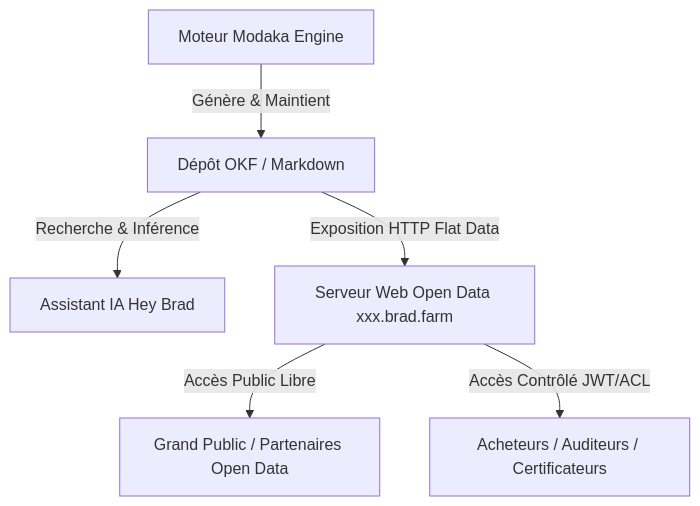
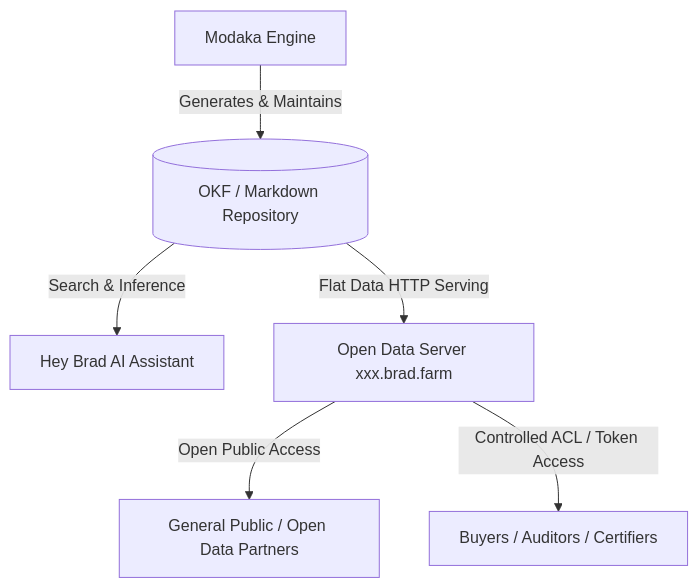
One commit to bradtech-oss/stack changed the diagram in docs/architecture/HEY_BRAD_AI_CORE.fr.md. Above: the diagram before and after it, drawn with Mermaid. The commit also changed other lines of this file and 23 other files, not shown here.

Commit message:
docs: add standardized previous/next navigation links and README returns across all 24 architecture documents

````diff
--- a/docs/architecture/HEY_BRAD_AI_CORE.fr.md
+++ b/docs/architecture/HEY_BRAD_AI_CORE.fr.md
@@ -36,10 +35,10 @@
 ```mermaid
 graph TD
-    Modaka[Moteur Modaka Engine] -->|Génère & Maintient| OKFRepo[Dépôt OKF / Markdown]
+    Modaka["Modaka Engine"] -->|Generates & Maintains| OKFRepo[("OKF / Markdown Repository")]
     
-    OKFRepo -->|Recherche & Inférence| HeyBrad[Assistant IA Hey Brad]
-    OKFRepo -->|Exposition HTTP Flat Data| Server[Serveur Web Open Data xxx.brad.farm]
+    OKFRepo -->|Search & Inference| HeyBrad["Hey Brad AI Assistant"]
+    OKFRepo -->|Flat Data HTTP Serving| Server["Open Data Server xxx.brad.farm"]
     
-    Server -->|Accès Public Libre| Public[Grand Public / Partenaires Open Data]
-    Server -->|Accès Contrôlé JWT/ACL| Restricted[Acheteurs / Auditeurs / Certificateurs]
+    Server -->|Open Public Access| Public["General Public / Open Data Partners"]
+    Server -->|Controlled ACL / Token Access| Restricted["Buyers / Auditors / Certifiers"]
 ```
````
